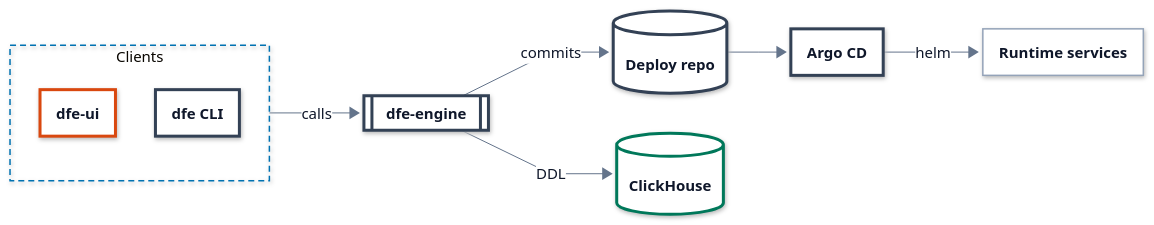
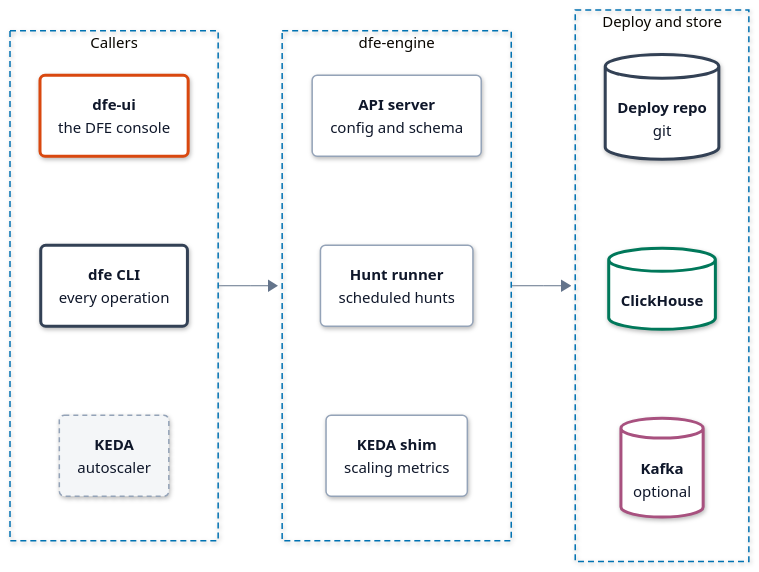
Before and after one commit to hyperi-io/dfe-engine: the diagram in docs/architecture.md, drawn with Mermaid. The commit also changed other lines of this file and 32 other files, not shown here.

First line of the commit message:
docs(architecture): engine page to the standard, diagrams to 860 px (#1209)

````diff
--- a/docs/architecture.md
+++ b/docs/architecture.md
@@ -70,25 +49,38 @@
     .ext .label-icon{color:#64748B}
 ---
 flowchart LR
-  accTitle: L2 Services -- DFE
-  accDescr: Operators call dfe-engine through dfe-ui and the dfe CLI. The engine commits config to the deploy repo and applies DDL to ClickHouse. Argo CD syncs the deploy repo into the runtime services.
-
-  subgraph clients["Clients"]
-    ui["<b>dfe-ui</b>"]
-    cli["<b>dfe CLI</b>"]
+  accTitle: L2 Services -- dfe-engine
+  accDescr: dfe-ui and the dfe CLI call the engine, and KEDA polls it. The engine's API server, hunt runner and KEDA shim write to the deploy repo, ClickHouse and Kafka.
+  subgraph CALLERS["Callers"]
+    direction TB
+    ui("<b>dfe-ui</b><br/><span>the DFE console</span>")
+    cli("<b>dfe CLI</b><br/><span>every operation</span>")
+    keda("<b>KEDA</b><br/><span>autoscaler</span>")
+    ui ~~~ cli ~~~ keda
   end
-
-  engine[["<b>dfe-engine</b>"]]
-  repo[("<b>Deploy repo</b>")]
-  ch[("<b>ClickHouse</b>")]
-  argo["<b>Argo CD</b>"]
-  runtime["<b>Runtime services</b>"]
-
-  clients -->|calls| engine
-  engine -->|commits| repo
-  engine -->|DDL| ch
-  repo --> argo
-  argo -->|helm| runtime
+  subgraph ENGINE["dfe-engine"]
+    direction TB
+    api("<b>API server</b><br/><span>config and schema</span>")
+    runner("<b>Hunt runner</b><br/><span>scheduled hunts</span>")
+    shim("<b>KEDA shim</b><br/><span>scaling metrics</span>")
+    api ~~~ runner ~~~ shim
+  end
+  subgraph STATE["Deploy and store"]
+    direction TB
+    repo[("<b>Deploy repo</b><br/><span>git</span>")]
+    ch[("<b>ClickHouse</b>")]
+    kafka[("<b>Kafka</b><br/><span>optional</span>")]
+    repo ~~~ ch ~~~ kafka
+  end
+  CALLERS --> ENGINE
+  ENGINE --> STATE
+  class ui ui
+  class keda ext
+  class cli control
+  class api,runner,shim part
+  class repo control
+  class ch store
+  class kafka bus
   classDef ext fill:#F4F6F8,stroke:#94A3B8,stroke-width:1.5px,stroke-dasharray:5 4,color:#0F172A
   classDef ingest fill:#FFFFFF,stroke:#0E8A7D,stroke-width:3px,color:#0F172A
   classDef xform fill:#FFFFFF,stroke:#7B4FB0,stroke-width:3px,color:#0F172A
@@ -100,9 +92,7 @@
   classDef error fill:#FFFFFF,stroke:#C2410C,stroke-width:3px,color:#0F172A
   classDef control fill:#FFFFFF,stroke:#334155,stroke-width:3px,color:#0F172A
   classDef part fill:#FFFFFF,stroke:#94A3B8,stroke-width:1.5px,color:#0F172A
-  class ch store
-  class ui ui
-  class cli,engine,repo,argo control
-  class runtime part
-  style clients fill:none,stroke:#0072B2,stroke-width:1.5px,stroke-dasharray:6 4
+  style CALLERS fill:none,stroke:#0072B2,stroke-width:1.5px,stroke-dasharray:6 4
+  style ENGINE fill:none,stroke:#0072B2,stroke-width:1.5px,stroke-dasharray:6 4
+  style STATE fill:none,stroke:#0072B2,stroke-width:1.5px,stroke-dasharray:6 4
 ```
````
